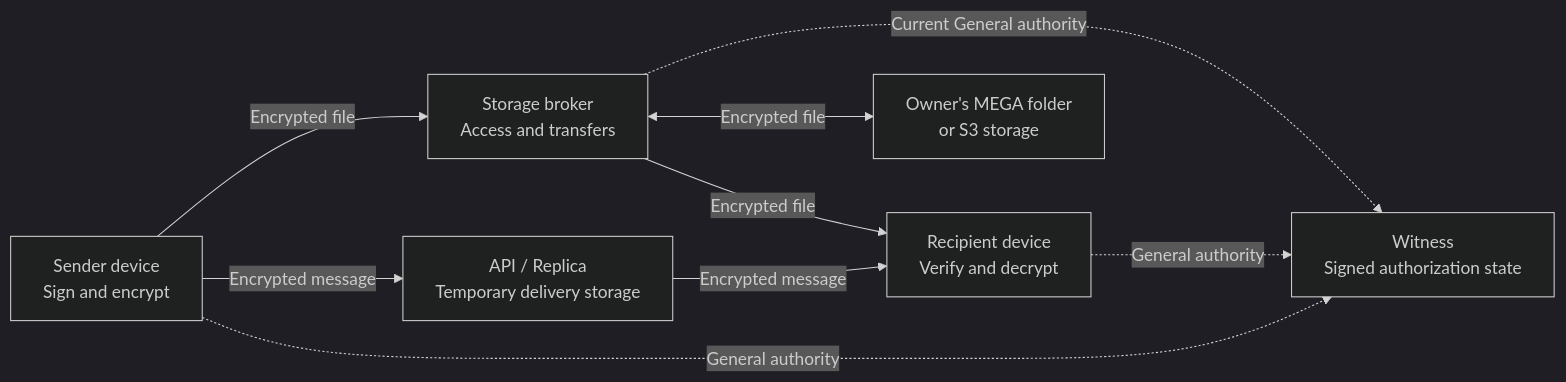
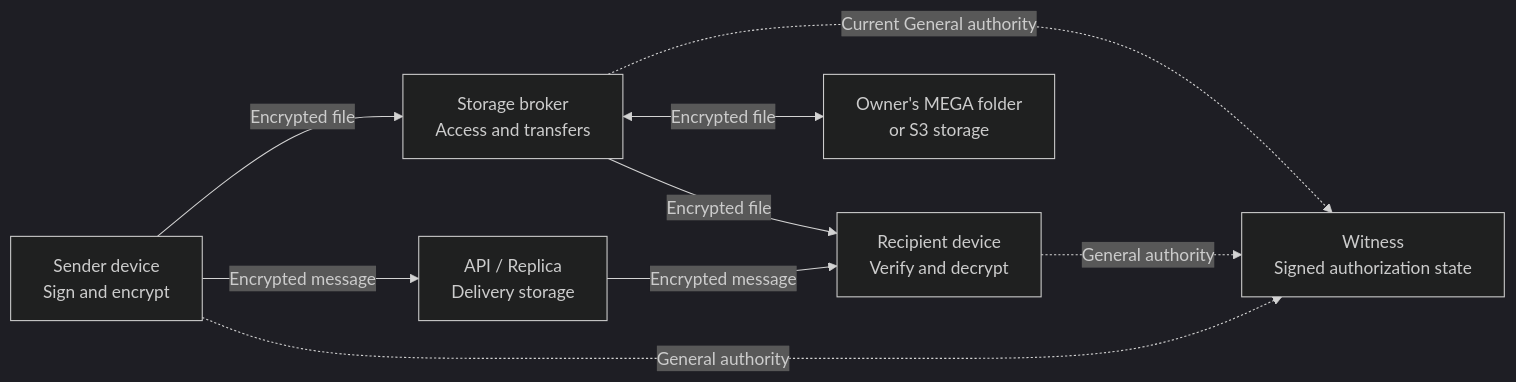
The second of 2 diagrams in README.md (elo-now/elo-now), drawn with Mermaid (dark theme) before and after one commit. The commit also changed other lines of this file and 45 other files, not shown here.

````diff
--- a/README.md
+++ b/README.md
@@ -117,11 +118,11 @@
 ```mermaid
 flowchart LR
-    A["Sender device<br/>Sign and encrypt"] -->|Encrypted message| R["API / Replica<br/>Temporary delivery storage"]
+    A["Sender device<br/>Sign and encrypt"] -->|Encrypted message| R["API / Replica<br/>Delivery storage"]
     R -->|Encrypted message| B["Recipient device<br/>Verify and decrypt"]
     A -.->|General authority| W["Witness<br/>Signed authorization state"]
     B -.->|General authority| W
     A -->|Encrypted file| S["Storage broker<br/>Access and transfers"]
     S <-->|Encrypted file| F["Owner's MEGA folder<br/>or S3 storage"]
     S -->|Encrypted file| B
     S -.->|Current General authority| W
 ```
````
